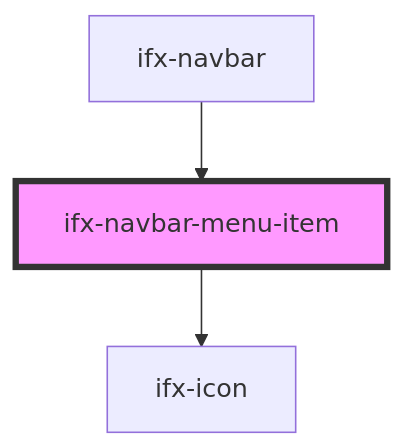
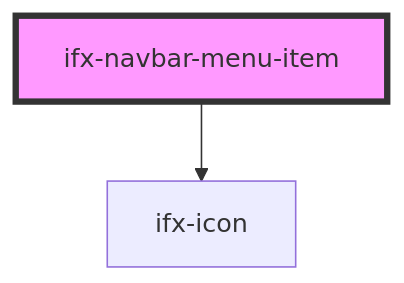
The diagram in src/components/navbar/readme.md (Infineon/infineon-design-system-stencil), drawn with Mermaid before and after one commit. The commit also changed other lines of this file and 9 other files, not shown here.

````diff
--- a/src/components/navbar/readme.md
+++ b/src/components/navbar/readme.md
@@ -27,6 +24,5 @@
 ```mermaid
 graph TD;
   ifx-navbar-menu-item --> ifx-icon
-  ifx-navbar --> ifx-navbar-menu-item
   style ifx-navbar-menu-item fill:#f9f,stroke:#333,stroke-width:4px
 ```
````
